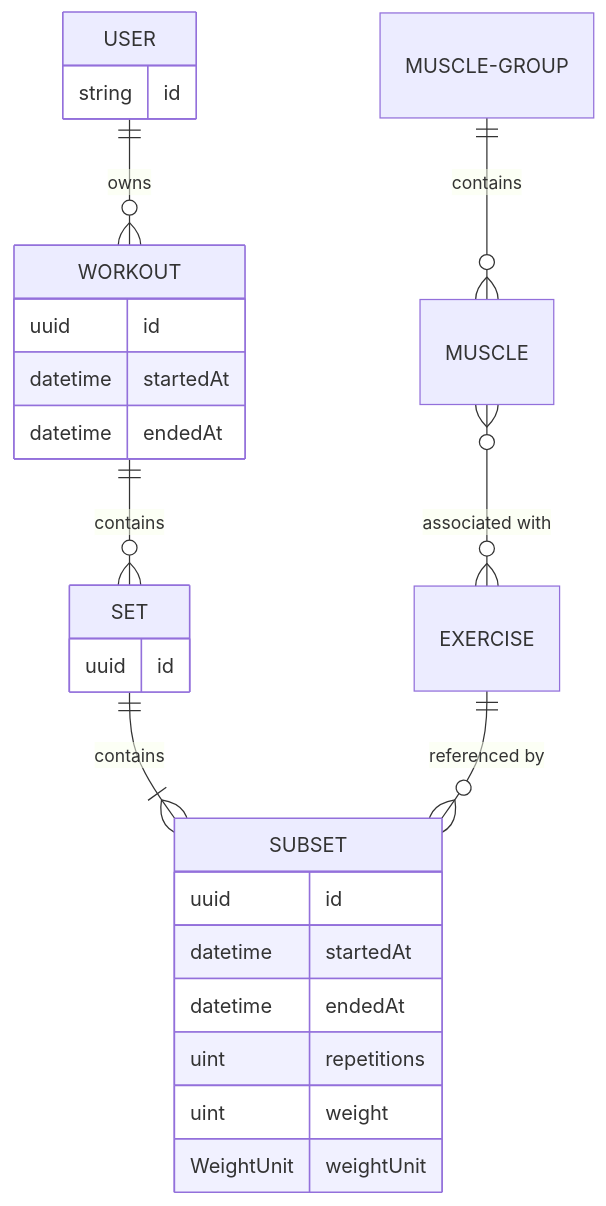
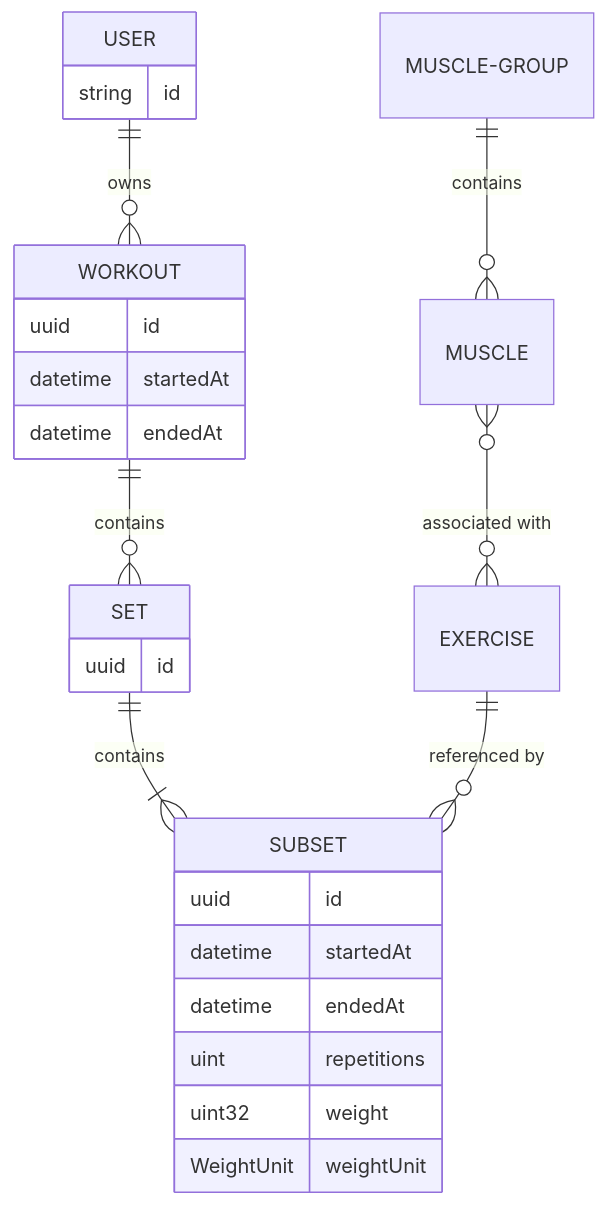
The diagram in docs/entities.md (toivjon/max-pondus), drawn with Mermaid before and after one commit. The commit also changed other lines of this file, not shown here.

````diff
--- a/docs/entities.md
+++ b/docs/entities.md
@@ -13,32 +13,32 @@
 ```mermaid
 erDiagram
   USER         ||--o{ WORKOUT  : "owns"
   WORKOUT      ||--o{ SET      : "contains"
   SET          ||--|{ SUBSET   : "contains"
   MUSCLE-GROUP ||--o{ MUSCLE   : "contains"
   MUSCLE       }o--o{ EXERCISE : "associated with" 
   EXERCISE     ||--o{ SUBSET   : "referenced by"
 
   USER {
     string id
   }
 
   WORKOUT {
     uuid     id
     datetime startedAt
     datetime endedAt
   }
 
   SET {
     uuid id
   }
 
   SUBSET {
     uuid       id
     datetime   startedAt
     datetime   endedAt
     uint       repetitions
-    uint       weight
+    uint32     weight
     WeightUnit weightUnit
   }
 ```
````
